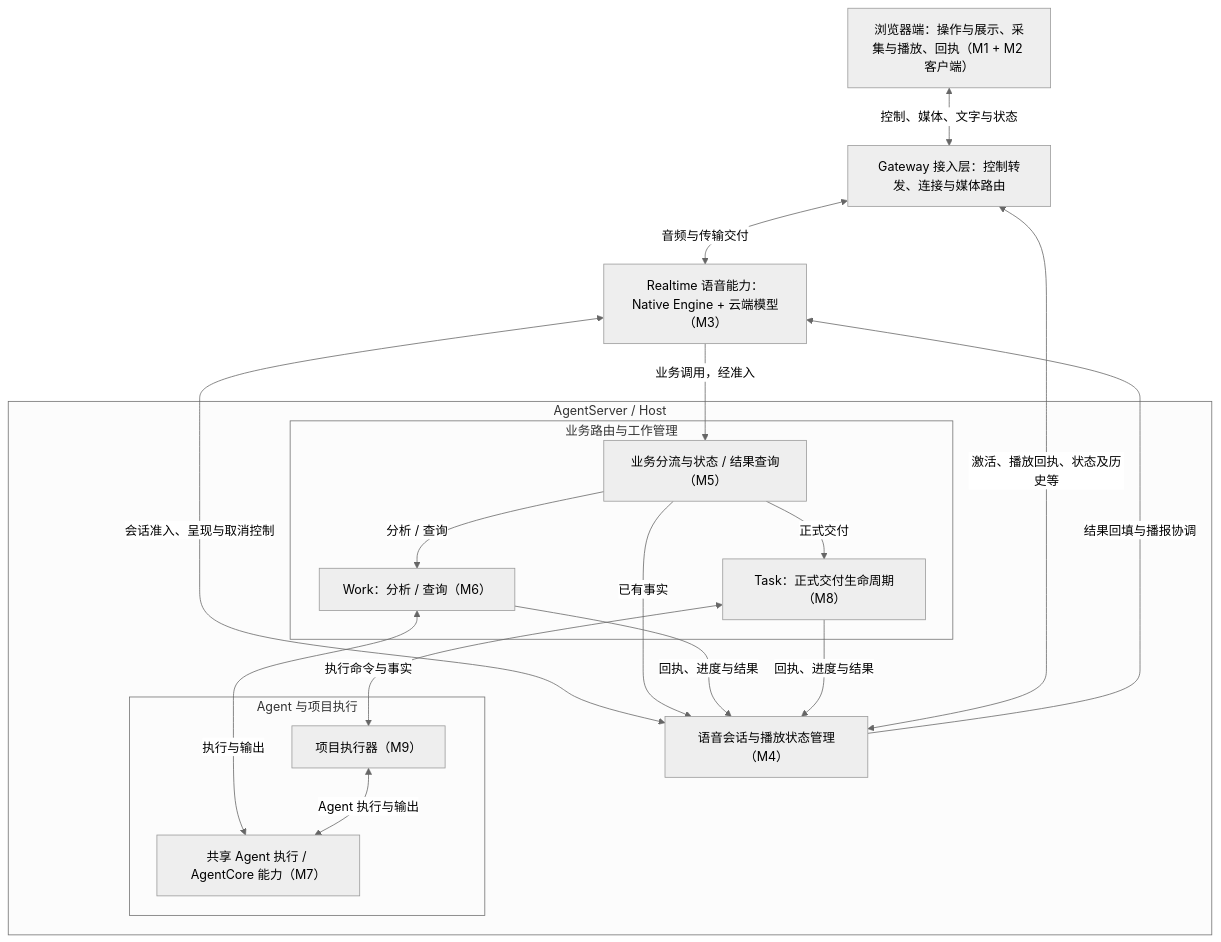
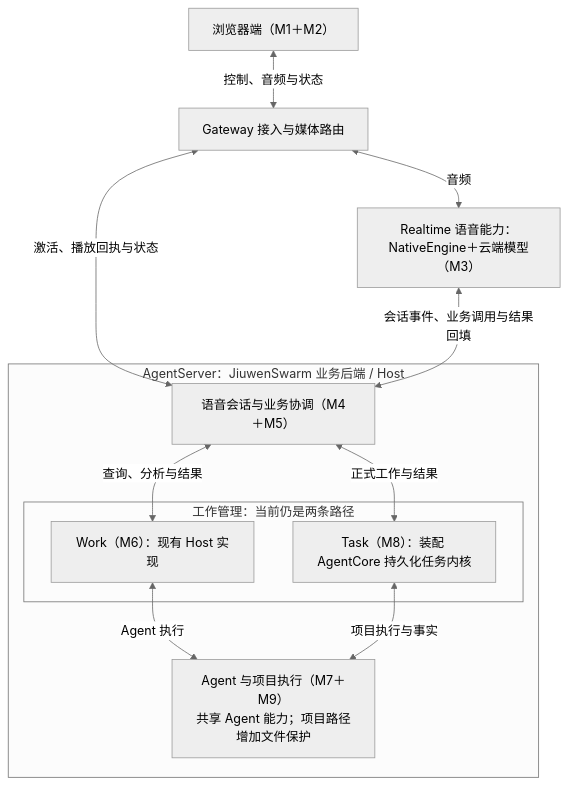
Before and after one commit to agtai/jiuwenswarm: the first of 2 diagrams in live-voice/architecture/VOICE_FEATURE_COMPARISON.md, drawn with Mermaid (neutral theme). The commit also changed other lines of this file and 91 other files, not shown here.

Commit message:
refactor(tasks): consume AgentCore persistent task authority

````diff
--- a/live-voice/architecture/VOICE_FEATURE_COMPARISON.md
+++ b/live-voice/architecture/VOICE_FEATURE_COMPARISON.md
@@ -65,32 +67,22 @@
 ```mermaid
 flowchart TB
-  B["浏览器端：操作与展示、采集与播放、回执（M1 + M2 客户端）"]
-  G["Gateway 接入层：控制转发、连接与媒体路由"]
-  E["Realtime 语音能力：Native Engine + 云端模型（M3）"]
-  subgraph Host["AgentServer / Host"]
-    S["语音会话与播放状态管理（M4）"]
-    subgraph Business["业务路由与工作管理"]
-      R["业务分流与状态 / 结果查询（M5）"]
-      W["Work：分析 / 查询（M6）"]
-      T["Task：正式交付生命周期（M8）"]
+  B["浏览器端（M1＋M2）"]
+  G["Gateway 接入与媒体路由"]
+  E["Realtime 语音能力：NativeEngine＋云端模型（M3）"]
+  subgraph Host["AgentServer：JiuwenSwarm 业务后端 / Host"]
+    C["语音会话与业务协调（M4＋M5）"]
+    subgraph Management["工作管理：当前仍是两条路径"]
+      W["Work（M6）：现有 Host 实现"]
+      T["Task（M8）：装配 AgentCore 持久化任务内核"]
     end
-    subgraph Execution["Agent 与项目执行"]
-      X["项目执行器（M9）"]
-      A["共享 Agent 执行 / AgentCore 能力（M7）"]
-    end
+    X["Agent 与项目执行（M7＋M9）<br/>共享 Agent 能力；项目路径增加文件保护"]
   end
-  B <-->|控制、媒体、文字与状态| G
-  G <-->|音频与传输交付| E
-  E <-->|会话准入、呈现与取消控制| S
-  E -->|业务调用，经准入| R
-  R -->|已有事实| S
-  R -->|分析 / 查询| W
-  R -->|正式交付| T
-  W <-->|执行与输出| A
-  T <-->|执行命令与事实| X
-  X <-->|Agent 执行与输出| A
-  W -->|回执、进度与结果| S
-  T -->|回执、进度与结果| S
-  S -->|结果回填与播报协调| E
-  G <-->|激活、播放回执、状态及历史等| S
+  B <-->|控制、音频与状态| G
+  G <-->|音频| E
+  G <-->|激活、播放回执与状态| C
+  E <-->|会话事件、业务调用与结果回填| C
+  C <-->|查询、分析与结果| W
+  C <-->|正式工作与结果| T
+  W <-->|Agent 执行| X
+  T <-->|项目执行与事实| X
 ```
````
